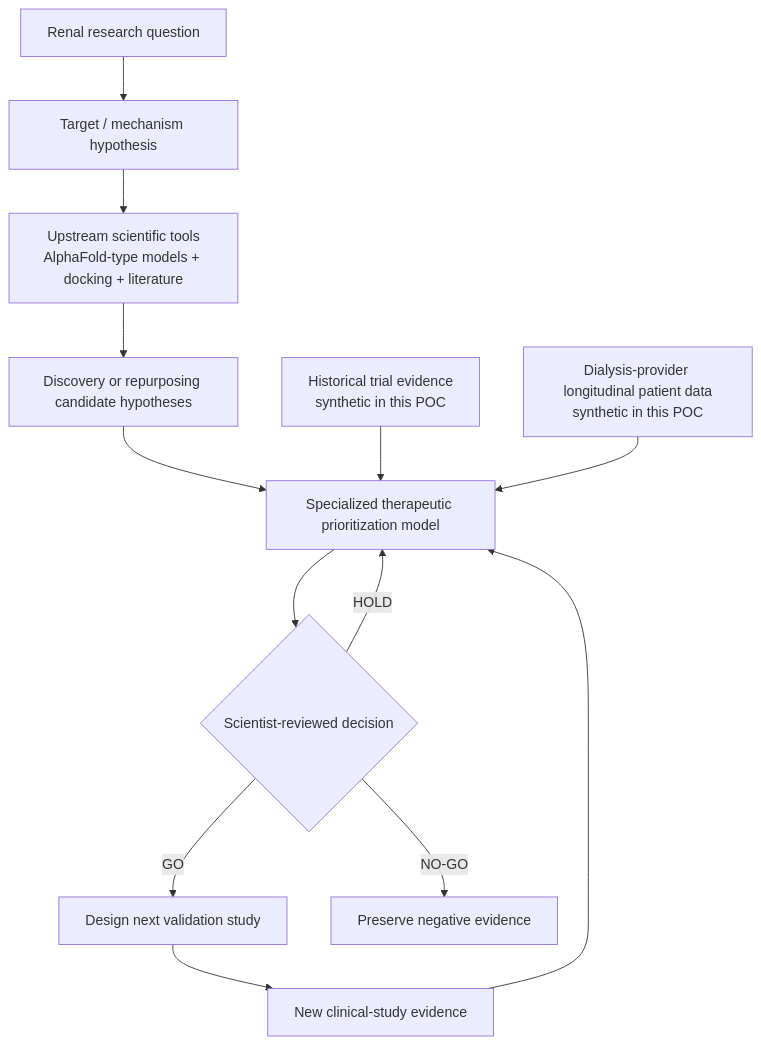
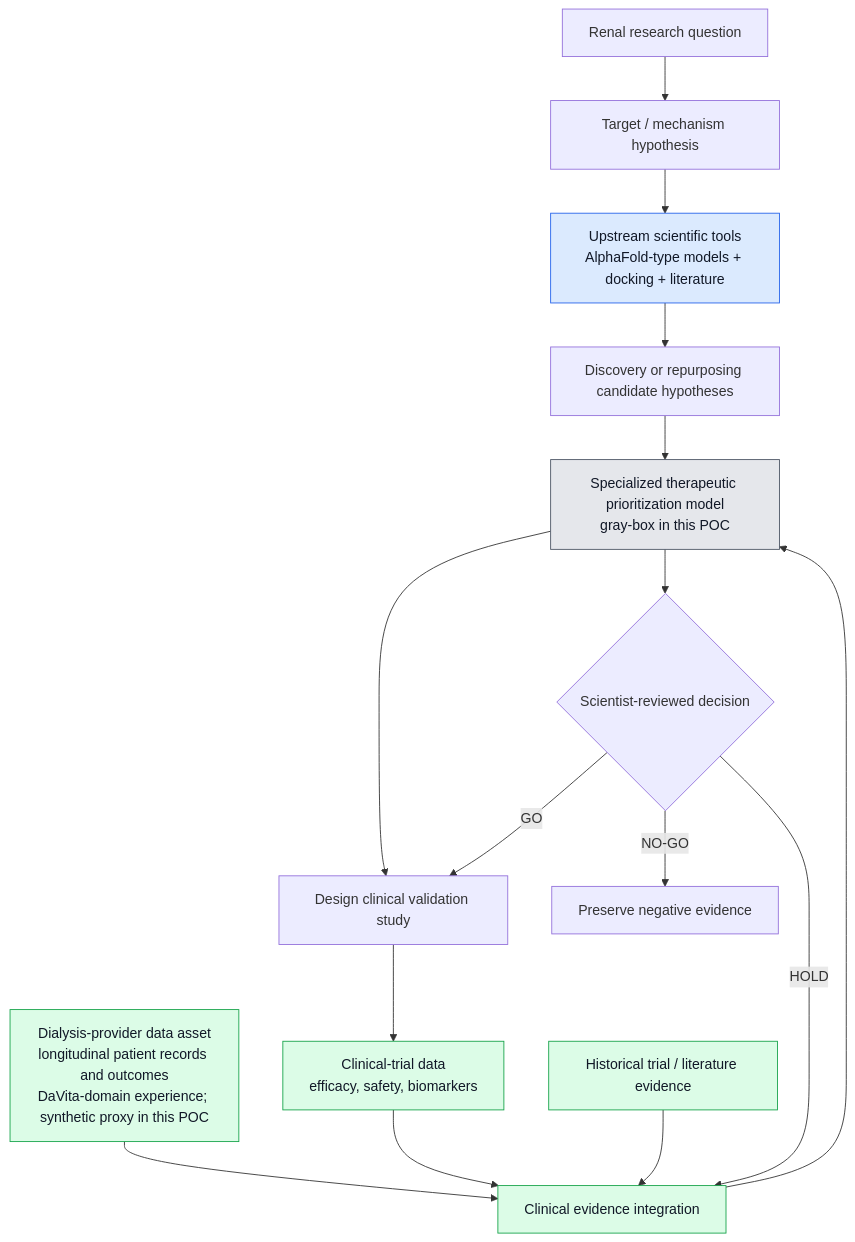
The diagram in README.md (fmlin0429712024/synthetic-in-silico-research-loop), drawn with Mermaid before and after one commit. The commit also changed other lines of this file and 1 other file, not shown here.

Commit message:
Clarify clinical evidence and data assets

````diff
--- a/README.md
+++ b/README.md
@@ -11,15 +11,24 @@
 ```mermaid
 flowchart TD
     Q[Renal research question] --> H[Target / mechanism hypothesis]
     H --> S[Upstream scientific tools<br/>AlphaFold-type models + docking + literature]
     S --> C[Discovery or repurposing candidate hypotheses]
-    C --> M[Specialized therapeutic prioritization model]
-    T[Historical trial evidence<br/>synthetic in this POC] --> M
-    P[Dialysis-provider longitudinal patient data<br/>synthetic in this POC] --> M
+    C --> M[Specialized therapeutic prioritization model<br/>gray-box in this POC]
+    M --> V[Design clinical validation study]
+    V --> T[Clinical-trial data<br/>efficacy, safety, biomarkers]
+    P[Dialysis-provider data asset<br/>longitudinal patient records and outcomes<br/>DaVita-domain experience; synthetic proxy in this POC] --> E
+    T --> E[Clinical evidence integration]
+    H1[Historical trial / literature evidence] --> E
+    E --> M
     M --> D{Scientist-reviewed decision}
-    D -->|GO| N[Design next validation study]
-    D -->|HOLD| M
+    D -->|GO| V
+    D -->|HOLD| E
     D -->|NO-GO| X[Preserve negative evidence]
-    N --> R[New clinical-study evidence]
-    R --> M
+
+    classDef upstream fill:#dbeafe,stroke:#2563eb,color:#111827;
+    classDef data fill:#dcfce7,stroke:#16a34a,color:#111827;
+    classDef model fill:#e5e7eb,stroke:#4b5563,color:#111827;
+    class S upstream;
+    class P,T,H1,E data;
+    class M model;
 ```
````
